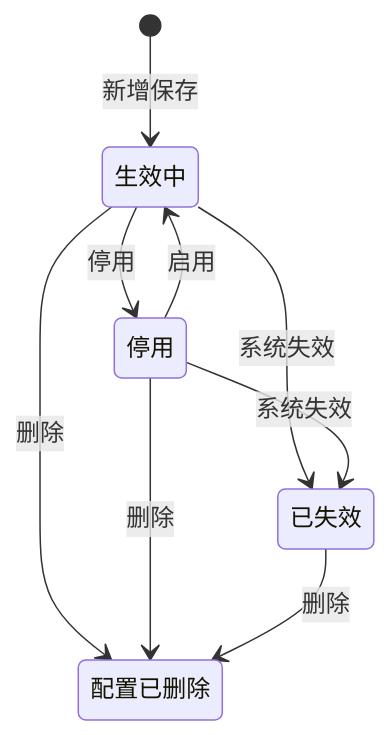
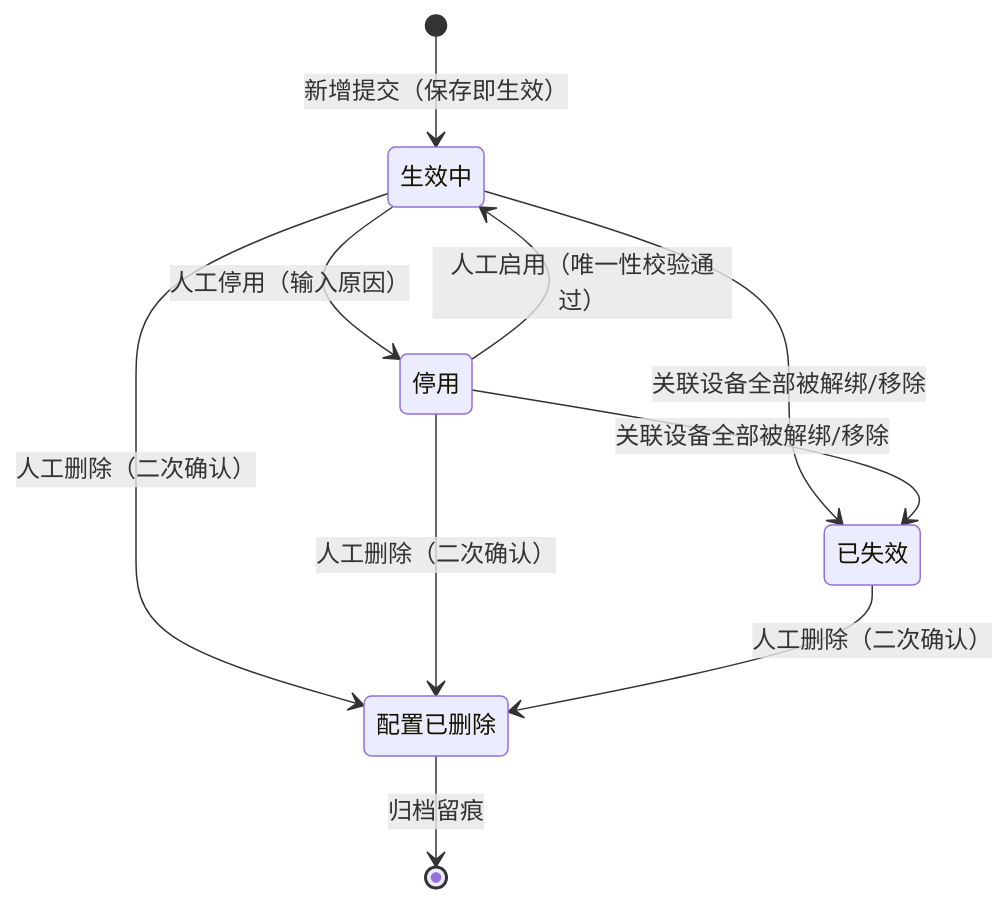
Before and after one commit to RobertHuang999/SYZC: the second of 2 diagrams in 02-PRD文档/B-迭代需求/6.2版本（2026.08）/03-预警配置/02设备预警配置/设备预警配置主PRD.md, drawn with Mermaid. The commit also changed other lines of this file and 146 other files, not shown here.

````diff
--- a/02-PRD文档/B-迭代需求/6.2版本（2026.08）/03-预警配置/02设备预警配置/设备预警配置主PRD.md
+++ b/02-PRD文档/B-迭代需求/6.2版本（2026.08）/03-预警配置/02设备预警配置/设备预警配置主PRD.md
@@ -241,11 +103,12 @@
 ```mermaid
 stateDiagram-v2
-    [*] --> 生效中: 新增保存
-    生效中 --> 停用: 停用
-    停用 --> 生效中: 启用
-    生效中 --> 已失效: 系统失效
-    停用 --> 已失效: 系统失效
-    生效中 --> 配置已删除: 删除
-    停用 --> 配置已删除: 删除
-    已失效 --> 配置已删除: 删除
+    [*] --> 生效中 : 新增提交（保存即生效）
+    生效中 --> 停用 : 人工停用（输入原因）
+    停用 --> 生效中 : 人工启用（唯一性校验通过）
+    生效中 --> 已失效 : 关联设备全部被解绑/移除
+    停用 --> 已失效 : 关联设备全部被解绑/移除
+    生效中 --> 配置已删除 : 人工删除（二次确认）
+    停用 --> 配置已删除 : 人工删除（二次确认）
+    已失效 --> 配置已删除 : 人工删除（二次确认）
+    配置已删除 --> [*] : 归档留痕
 ```
````
